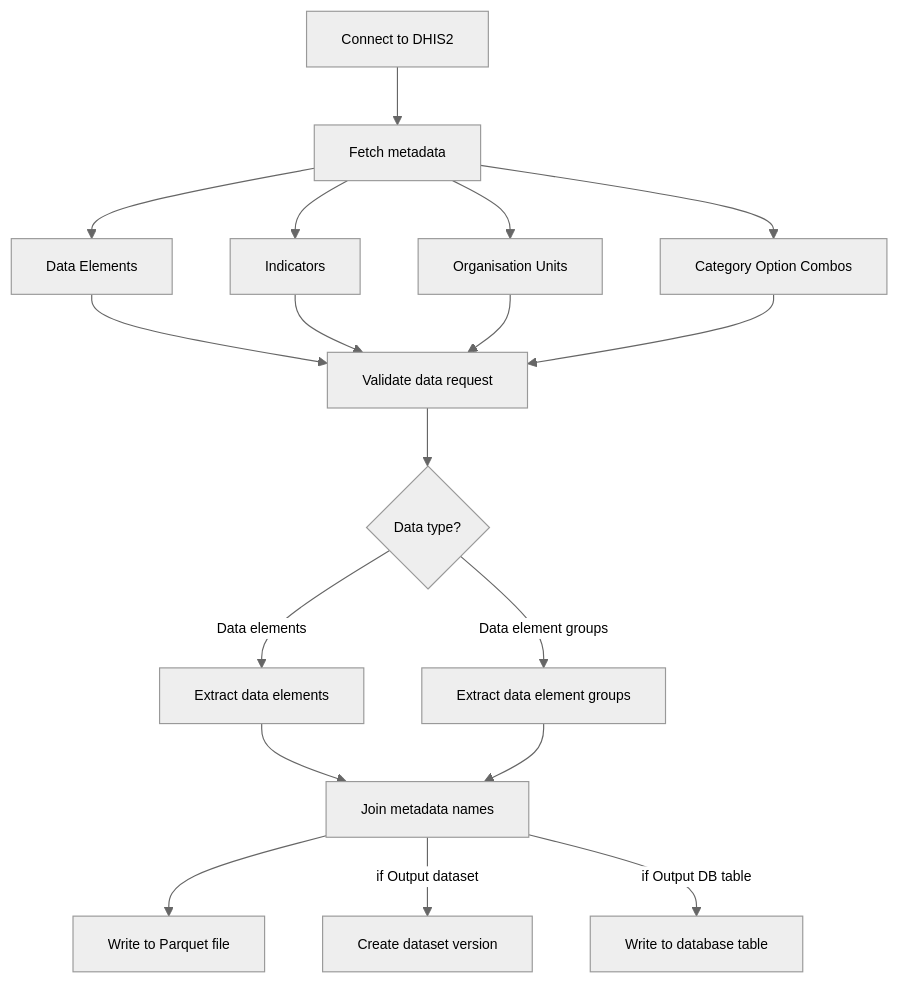
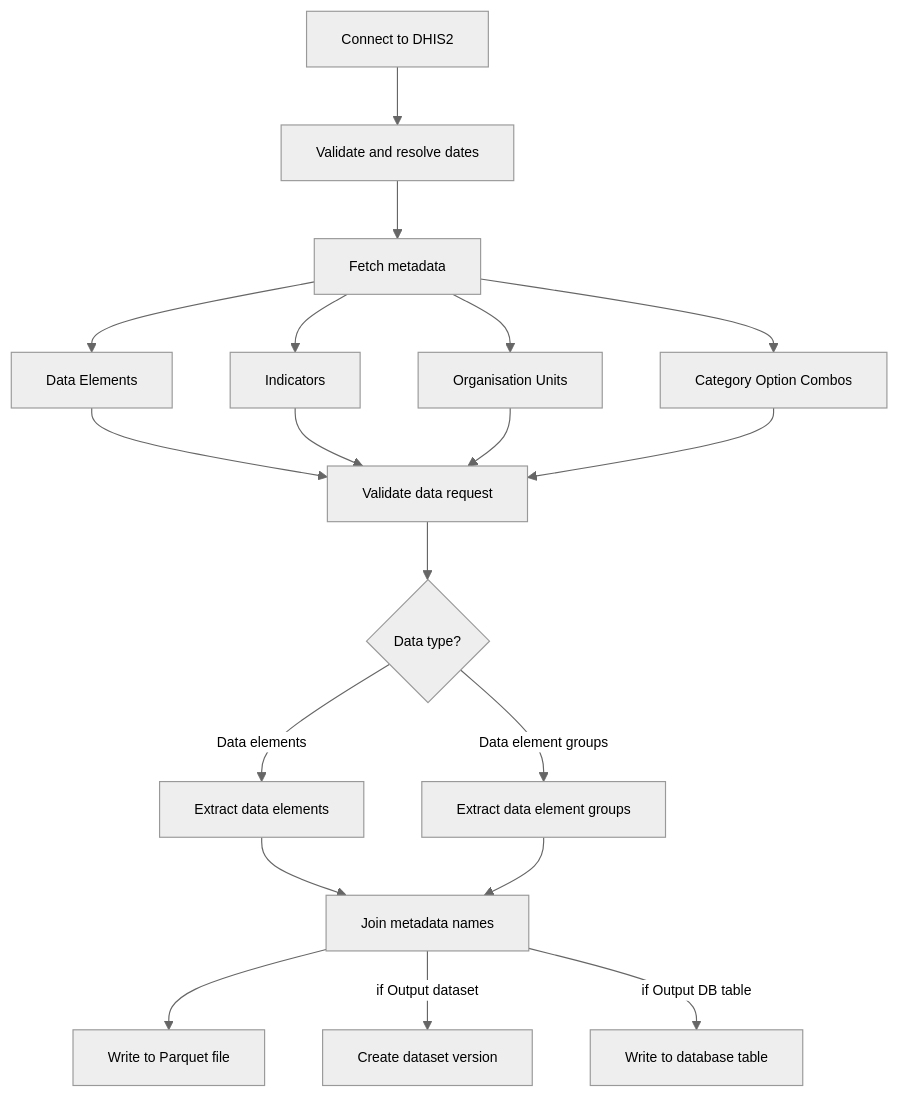
Before and after one commit to BLSQ/openhexa-templates-ds: the diagram in dhis2_extract_data_elements/README.md, drawn with Mermaid. The commit also changed other lines of this file and 8 other files, not shown here.

````diff
--- a/dhis2_extract_data_elements/README.md
+++ b/dhis2_extract_data_elements/README.md
@@ -136,30 +152,31 @@
 ```mermaid
 %%{init: 
 {
   "theme": "neutral",
   "themeVariables": {
     "fontFamily": "Barlow",
     "fontSize": "12px"
  }
 }
 }%%
 flowchart TD
     A[Connect to DHIS2]
-    A --> C[Fetch metadata]
+    A --> B[Validate and resolve dates]
+    B --> C[Fetch metadata]
     C --> C1[Data Elements]
     C --> C2[Indicators]
     C --> C3[Organisation Units]
     C --> C4[Category Option Combos]
     C1 --> D[Validate data request]
     C2 --> D
     C3 --> D
     C4 --> D
     D --> E{Data type?}
     E -- Data elements --> F[Extract data elements]
     E -- Data element groups --> G[Extract data element groups]
     F --> H[Join metadata names]
     G --> H
     H --> J[Write to Parquet file]
     H -- if Output dataset --> K[Create dataset version]
     H -- if Output DB table --> L[Write to database table]
 ```
````
